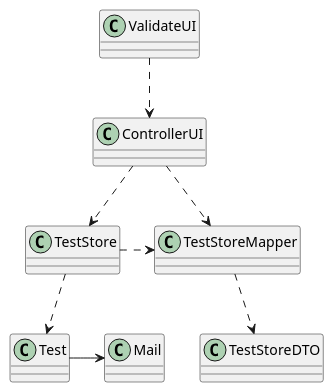
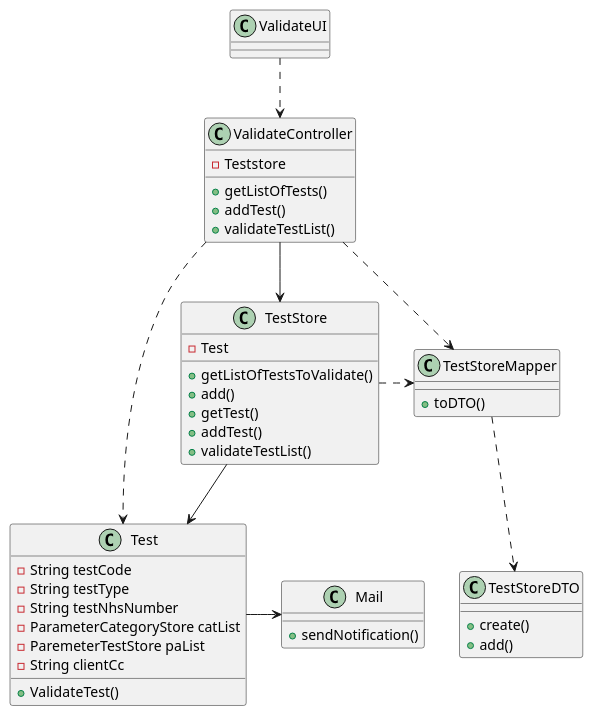
The diagram in docs/SprintC/US15/US15_CD.puml (MarianaCLages/LAPR2), drawn with PlantUML before and after one commit. The commit also changed 2 other files, not shown here.

```diff
--- a/docs/SprintC/US15/US15_CD.puml
+++ b/docs/SprintC/US15/US15_CD.puml
@@ -1,27 +1,49 @@
 @startuml
 'https://plantuml.com/class-diagram
 
 class ValidateUI{
 }
-class ControllerUI{
+class ValidateController{
+-Teststore
++getListOfTests()
++addTest()
++validateTestList()
 }
 class TestStore{
+-Test
++getListOfTestsToValidate()
++add()
++getTest()
++addTest()
++validateTestList()
 }
 class Test {
+-String testCode
+-String testType
+-String testNhsNumber
+-ParameterCategoryStore catList
+-ParemeterTestStore paList
+- String clientCc
++ValidateTest()
 }
 class Mail{
++sendNotification()
 }
 class TestStoreMapper{
++toDTO()
 }
 
 class TestStoreDTO{
++create()
++add()
 }
 
-ValidateUI ..> ControllerUI
-ControllerUI ..> TestStore
-TestStore ..> Test
+ValidateUI ..> ValidateController
+ValidateController --> TestStore
+ValidateController ..> Test
+TestStore --> Test
 Test -> Mail
-ControllerUI ..> TestStoreMapper
+ValidateController ..> TestStoreMapper
 TestStoreMapper ..> TestStoreDTO
 TestStore .> TestStoreMapper
 @enduml
```
